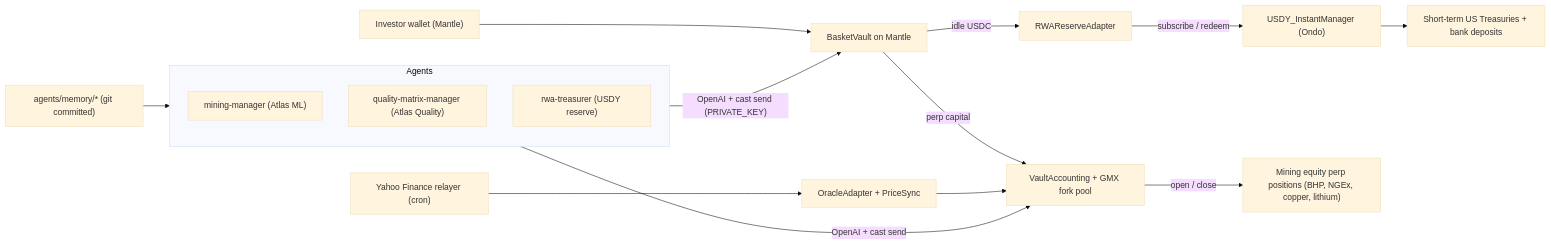
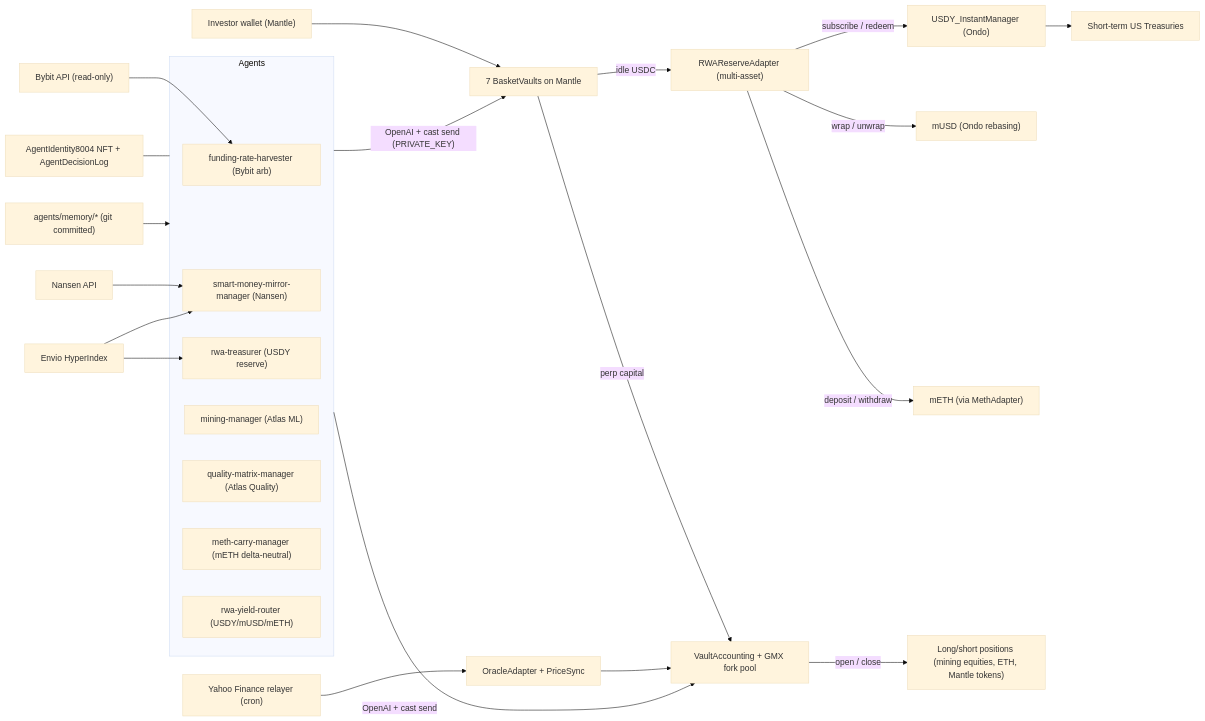
The diagram in .cursor/plans/mantle-rwa-hackathon_1d4feb07.plan.md (reubenr0d/indexflow-prototype), drawn with Mermaid (base theme) before and after one commit. The commit also changed other lines of this file and 17 other files, not shown here.

Commit message:
fix(app): envio build + new agents

````diff
--- a/.cursor/plans/mantle-rwa-hackathon_1d4feb07.plan.md
+++ b/.cursor/plans/mantle-rwa-hackathon_1d4feb07.plan.md
@@ -76,19 +144,30 @@
 ```mermaid
 flowchart LR
-    User["Investor wallet (Mantle)"] --> Vault["BasketVault on Mantle"]
-    Vault -- "idle USDC" --> Adapter["RWAReserveAdapter"]
+    User["Investor wallet (Mantle)"] --> Vaults["7 BasketVaults on Mantle"]
+    Vaults -- "idle USDC" --> Adapter["RWAReserveAdapter (multi-asset)"]
     Adapter -- "subscribe / redeem" --> USDY["USDY_InstantManager (Ondo)"]
-    USDY --> Treasuries["Short-term US Treasuries + bank deposits"]
-    Vault -- "perp capital" --> VA["VaultAccounting + GMX fork pool"]
-    VA -- "open / close" --> Positions["Mining equity perp positions (BHP, NGEx, copper, lithium)"]
+    Adapter -- "wrap / unwrap" --> MUSD["mUSD (Ondo rebasing)"]
+    Adapter -- "deposit / withdraw" --> METH["mETH (via MethAdapter)"]
+    USDY --> Treasuries["Short-term US Treasuries"]
+    Vaults -- "perp capital" --> VA["VaultAccounting + GMX fork pool"]
+    VA -- "open / close" --> Positions["Long/short positions (mining equities, ETH, Mantle tokens)"]
     Oracle["OracleAdapter + PriceSync"] --> VA
     YF["Yahoo Finance relayer (cron)"] --> Oracle
+    Bybit["Bybit API (read-only)"] --> FH
+    Nansen["Nansen API"] --> SM
+    Envio["Envio HyperIndex"] --> SM
+    Envio --> TR
+    Identity["AgentIdentity8004 NFT + AgentDecisionLog"] --- Agents
     subgraph Agents
       MM["mining-manager (Atlas ML)"]
       QM["quality-matrix-manager (Atlas Quality)"]
       TR["rwa-treasurer (USDY reserve)"]
+      MC["meth-carry-manager (mETH delta-neutral)"]
+      YR["rwa-yield-router (USDY/mUSD/mETH)"]
+      FH["funding-rate-harvester (Bybit arb)"]
+      SM["smart-money-mirror-manager (Nansen)"]
     end
-    Agents -- "OpenAI + cast send (PRIVATE_KEY)" --> Vault
+    Agents -- "OpenAI + cast send (PRIVATE_KEY)" --> Vaults
     Agents -- "OpenAI + cast send" --> VA
     Memory["agents/memory/* (git committed)"] --> Agents
 ```
````
